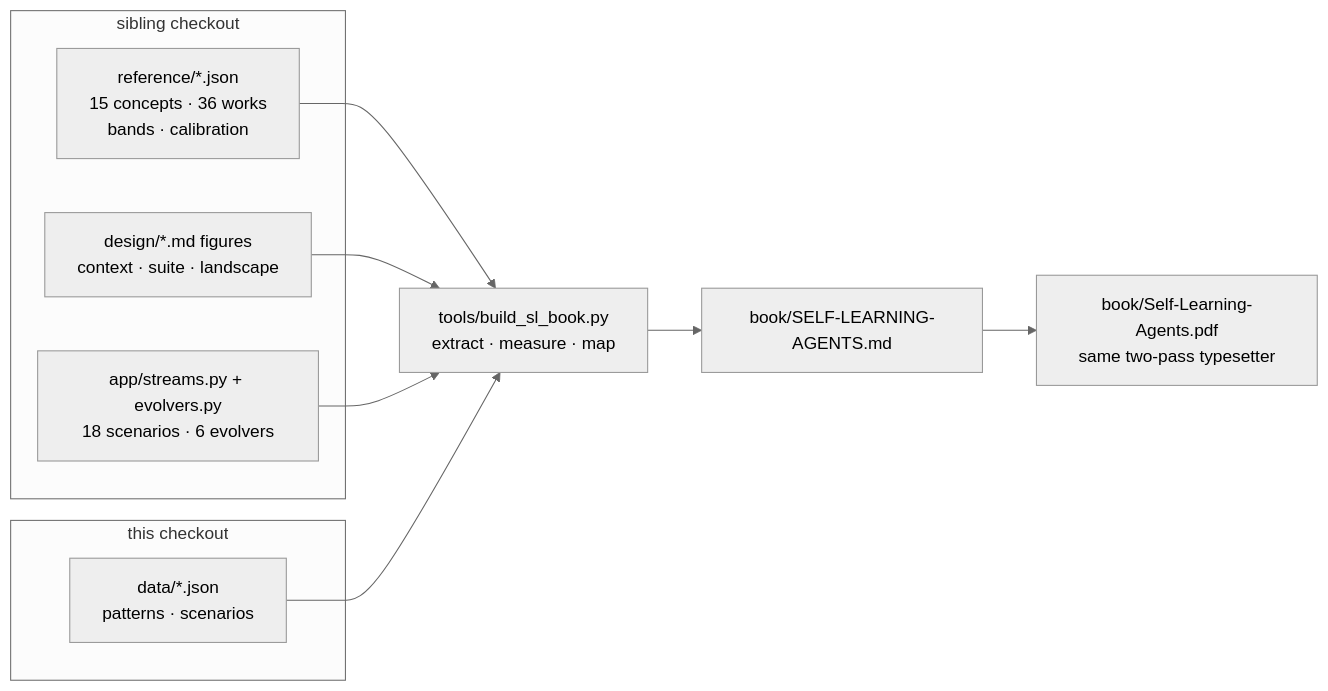
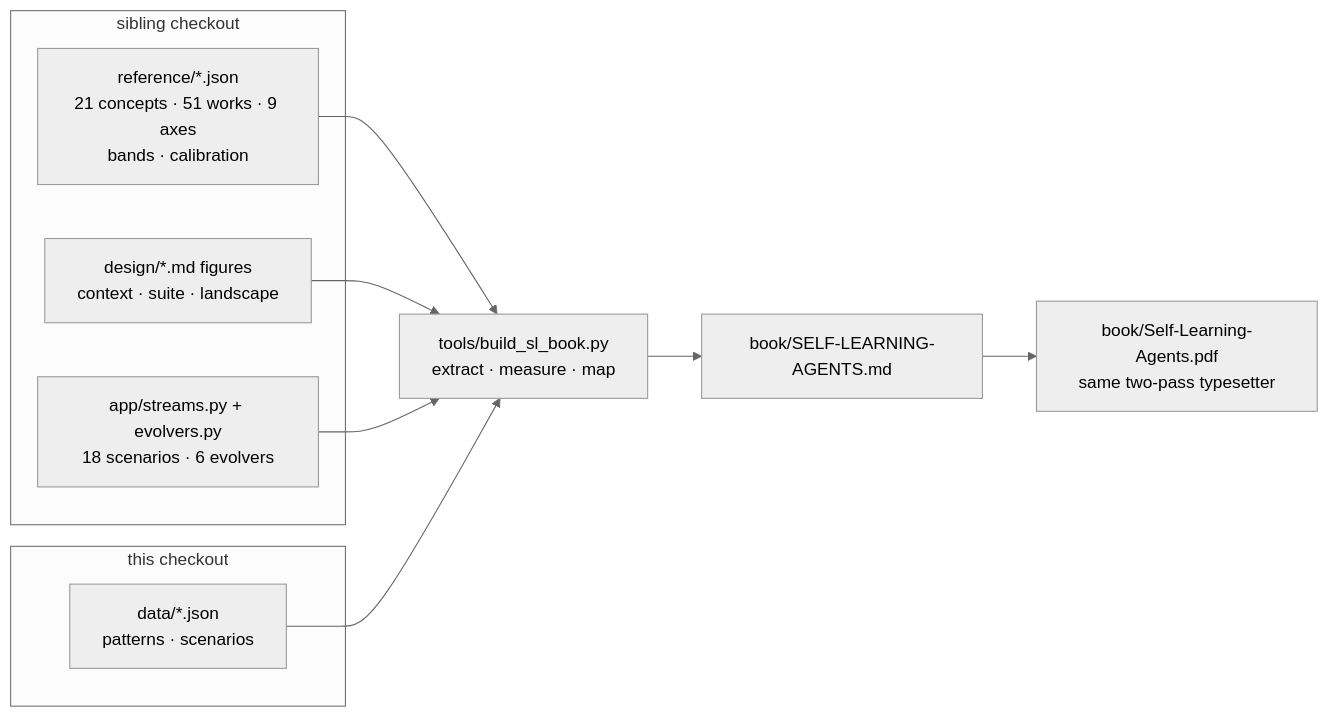
One commit to harishgovardhandamodar/AI-Agents-Patterns changed the fourth of 4 diagrams in design/11-self-learning-addon.md. Above: the diagram before and after it, drawn with Mermaid (neutral theme). The commit also changed other lines of this file and 21 other files, not shown here.

````diff
--- a/design/11-self-learning-addon.md
+++ b/design/11-self-learning-addon.md
@@ -58,14 +61,14 @@
 ```mermaid
 flowchart LR
   subgraph ADDON["sibling checkout"]
-    R["reference/*.json<br/>15 concepts · 36 works<br/>bands · calibration"]
+    R["reference/*.json<br/>21 concepts · 51 works · 9 axes<br/>bands · calibration"]
     D["design/*.md figures<br/>context · suite · landscape"]
     S["app/streams.py + evolvers.py<br/>18 scenarios · 6 evolvers"]
   end
   subgraph APP["this checkout"]
     C["data/*.json<br/>patterns · scenarios"]
   end
   R & D & S & C --> GEN["tools/build_sl_book.py<br/>extract · measure · map"]
   GEN --> MD["book/SELF-LEARNING-AGENTS.md"]
   MD --> PDF["book/Self-Learning-Agents.pdf<br/>same two-pass typesetter"]
 ```
````
